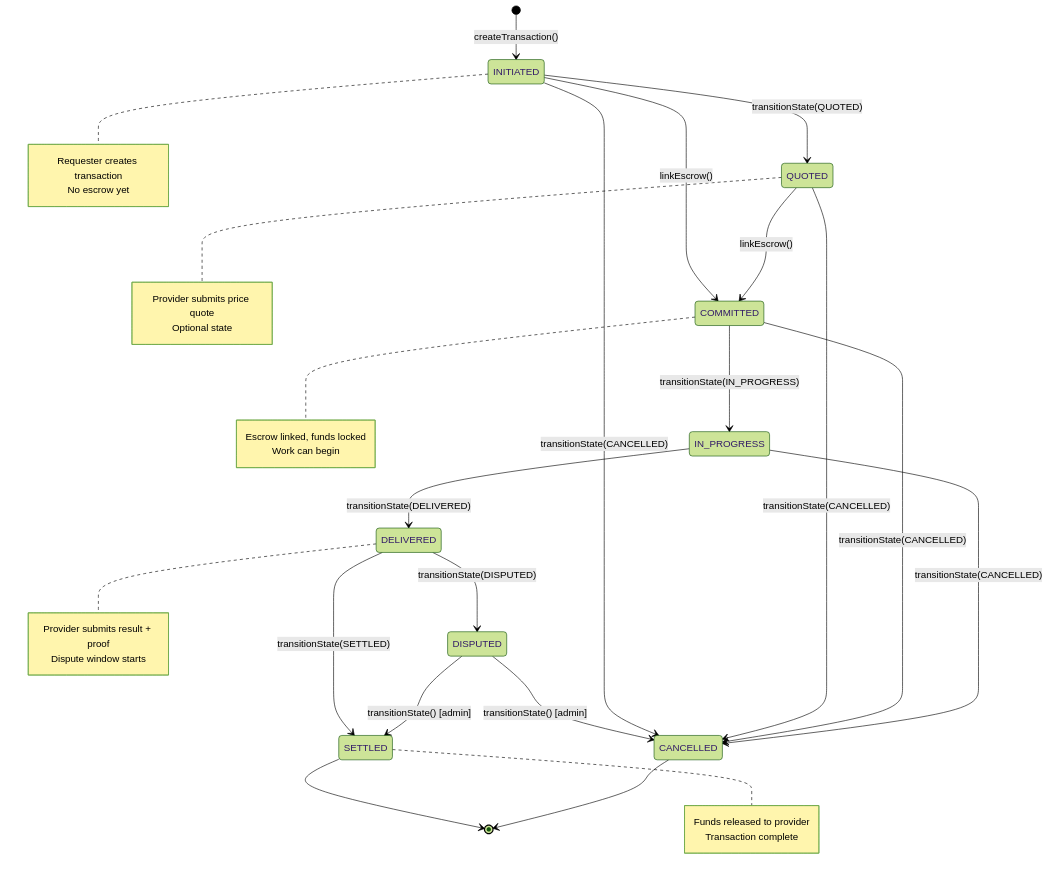
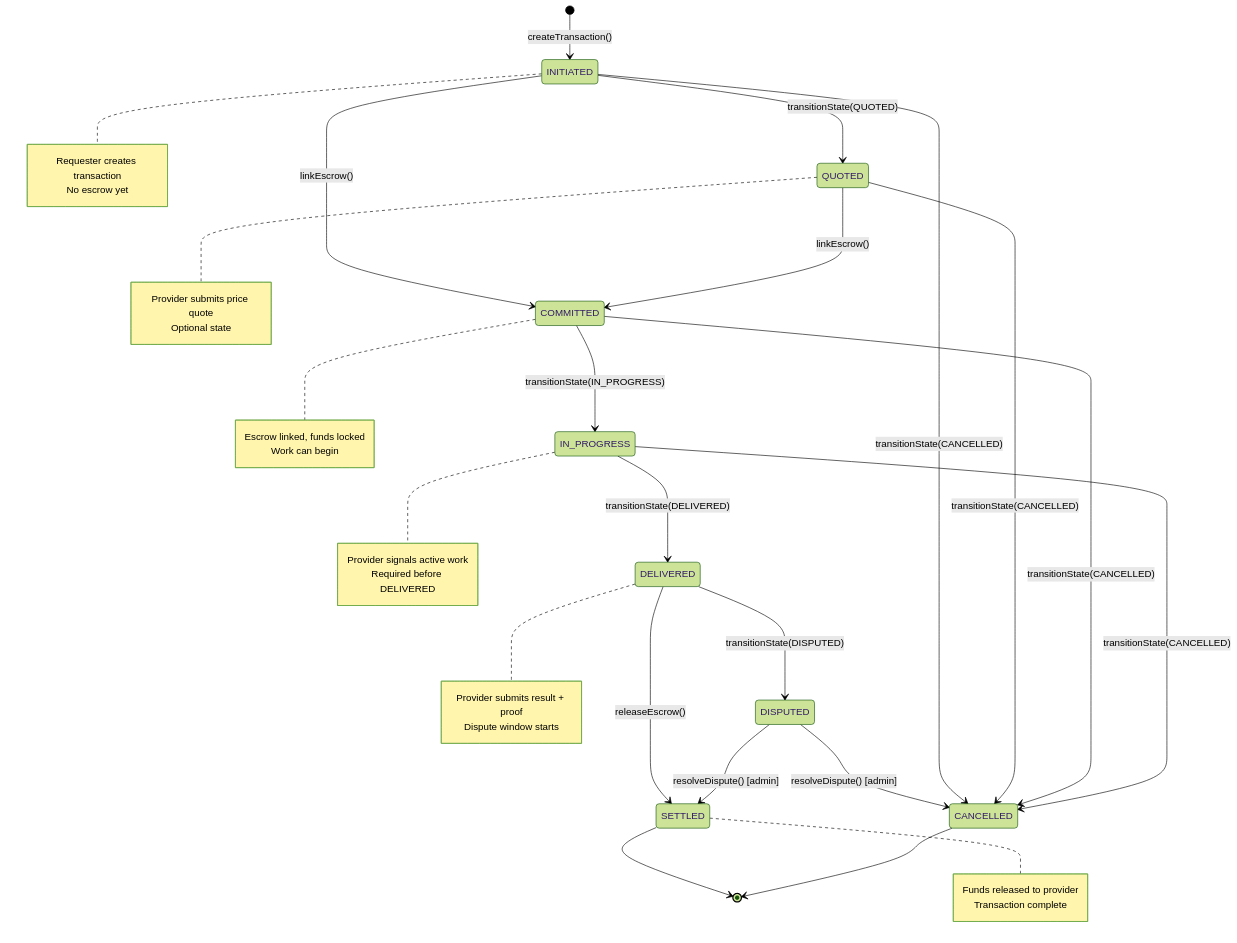
One commit to agirails/docs changed the first of 4 diagrams in docs/concepts/transaction-lifecycle.md. Above: the diagram before and after it, drawn with Mermaid (forest theme). The commit also changed other lines of this file, not shown here.

````diff
--- a/docs/concepts/transaction-lifecycle.md
+++ b/docs/concepts/transaction-lifecycle.md
@@ -13,46 +54,51 @@
 ```mermaid
 stateDiagram-v2
     [*] --> INITIATED: createTransaction()
     INITIATED --> QUOTED: transitionState(QUOTED)
     INITIATED --> COMMITTED: linkEscrow()
     QUOTED --> COMMITTED: linkEscrow()
     COMMITTED --> IN_PROGRESS: transitionState(IN_PROGRESS)
     IN_PROGRESS --> DELIVERED: transitionState(DELIVERED)
-    DELIVERED --> SETTLED: transitionState(SETTLED)
+    DELIVERED --> SETTLED: releaseEscrow()
     DELIVERED --> DISPUTED: transitionState(DISPUTED)
-    DISPUTED --> SETTLED: transitionState() [admin]
-    DISPUTED --> CANCELLED: transitionState() [admin]
+    DISPUTED --> SETTLED: resolveDispute() [admin]
+    DISPUTED --> CANCELLED: resolveDispute() [admin]
 
     INITIATED --> CANCELLED: transitionState(CANCELLED)
     QUOTED --> CANCELLED: transitionState(CANCELLED)
     COMMITTED --> CANCELLED: transitionState(CANCELLED)
     IN_PROGRESS --> CANCELLED: transitionState(CANCELLED)
 
     SETTLED --> [*]
     CANCELLED --> [*]
 
     note right of INITIATED
         Requester creates transaction
         No escrow yet
     end note
 
     note right of QUOTED
         Provider submits price quote
         Optional state
     end note
 
     note right of COMMITTED
         Escrow linked, funds locked
         Work can begin
     end note
 
+    note right of IN_PROGRESS
+        Provider signals active work
+        Required before DELIVERED
+    end note
+
     note right of DELIVERED
         Provider submits result + proof
         Dispute window starts
     end note
 
     note right of SETTLED
         Funds released to provider
         Transaction complete
     end note
 ```
````
